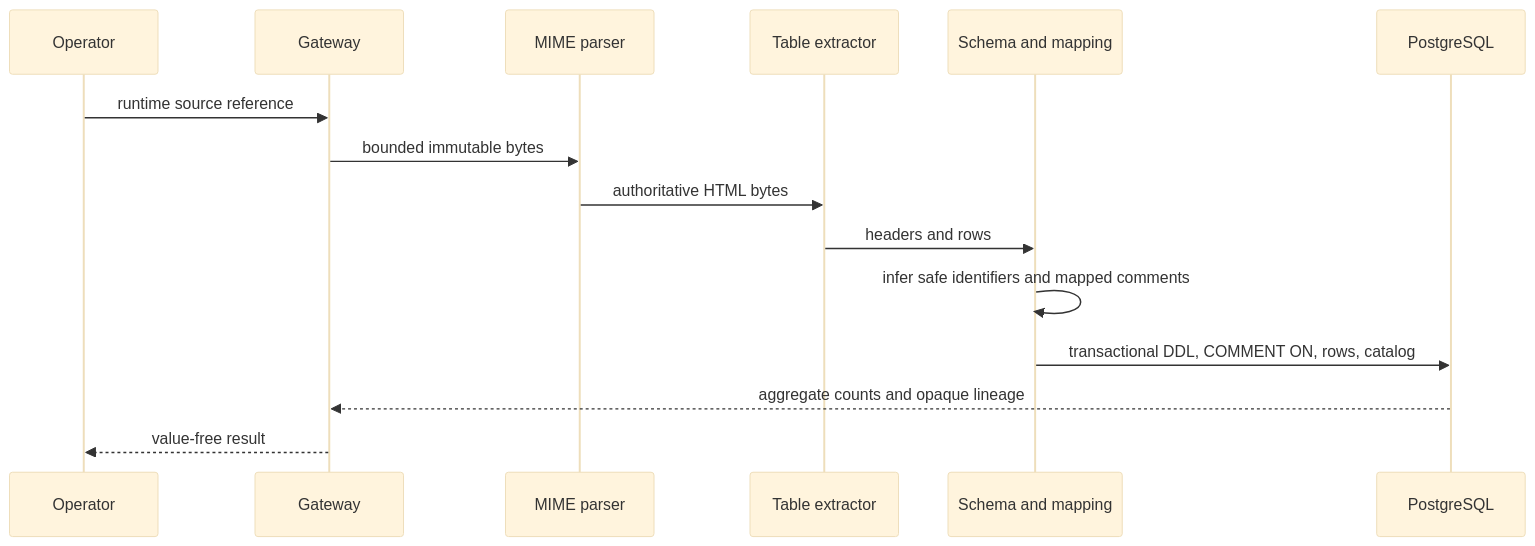
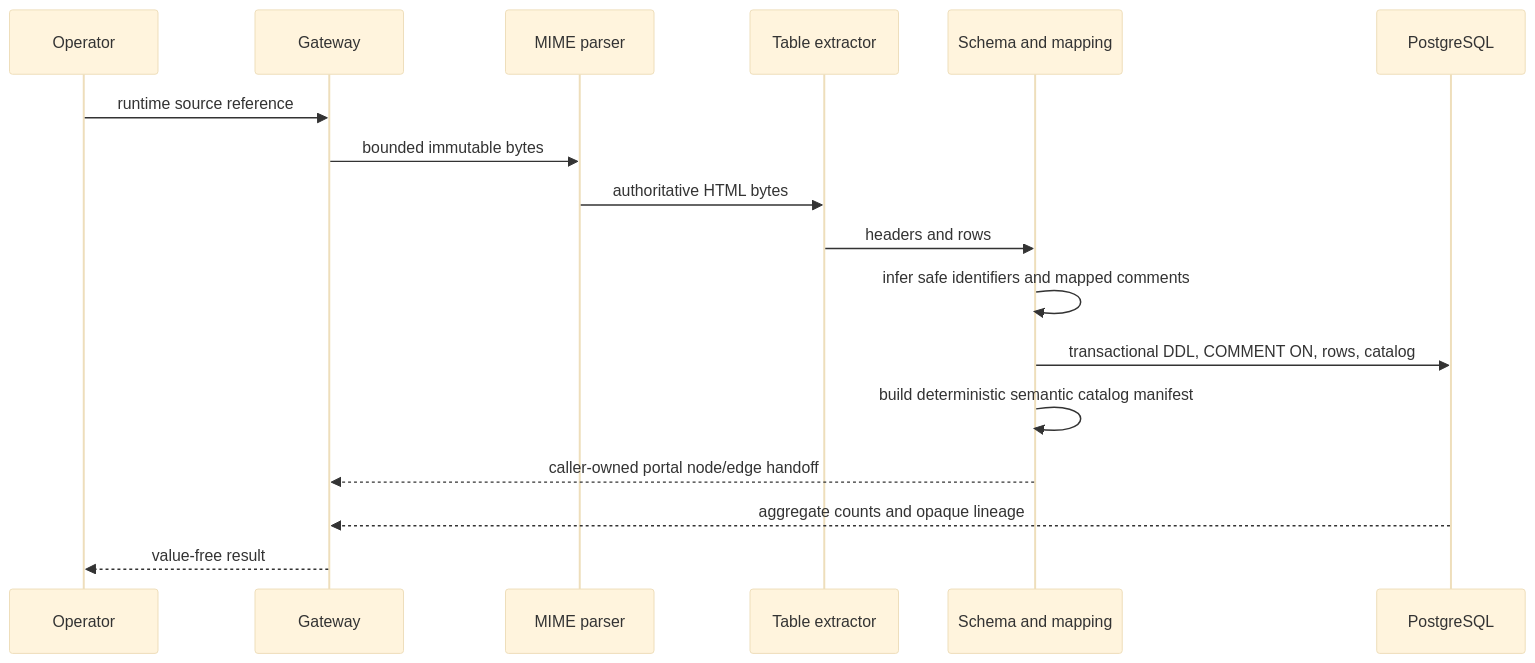
Before and after one commit to ContextualWisdomLab/mhtml-etl-gateway: the second of 3 diagrams in docs/ARCHITECTURE.md, drawn with Mermaid (base theme). The commit also changed other lines of this file and 22 other files, not shown here.

Commit message:
Add value-free semantic catalog connector

````diff
--- a/docs/ARCHITECTURE.md
+++ b/docs/ARCHITECTURE.md
@@ -42,17 +46,19 @@
 ```mermaid
 sequenceDiagram
     participant U as Operator
     participant G as Gateway
     participant M as MIME parser
     participant T as Table extractor
     participant S as Schema and mapping
     participant P as PostgreSQL
     U->>G: runtime source reference
     G->>M: bounded immutable bytes
     M->>T: authoritative HTML bytes
     T->>S: headers and rows
     S->>S: infer safe identifiers and mapped comments
     S->>P: transactional DDL, COMMENT ON, rows, catalog
+    S->>S: build deterministic semantic catalog manifest
+    S-->>G: caller-owned portal node/edge handoff
     P-->>G: aggregate counts and opaque lineage
     G-->>U: value-free result
 ```
````
